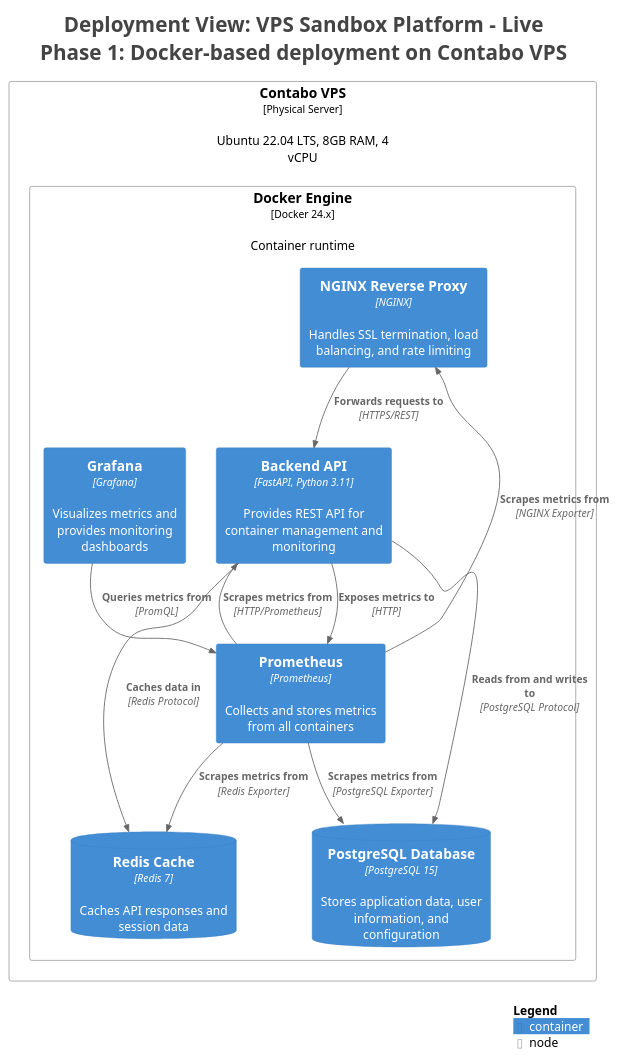
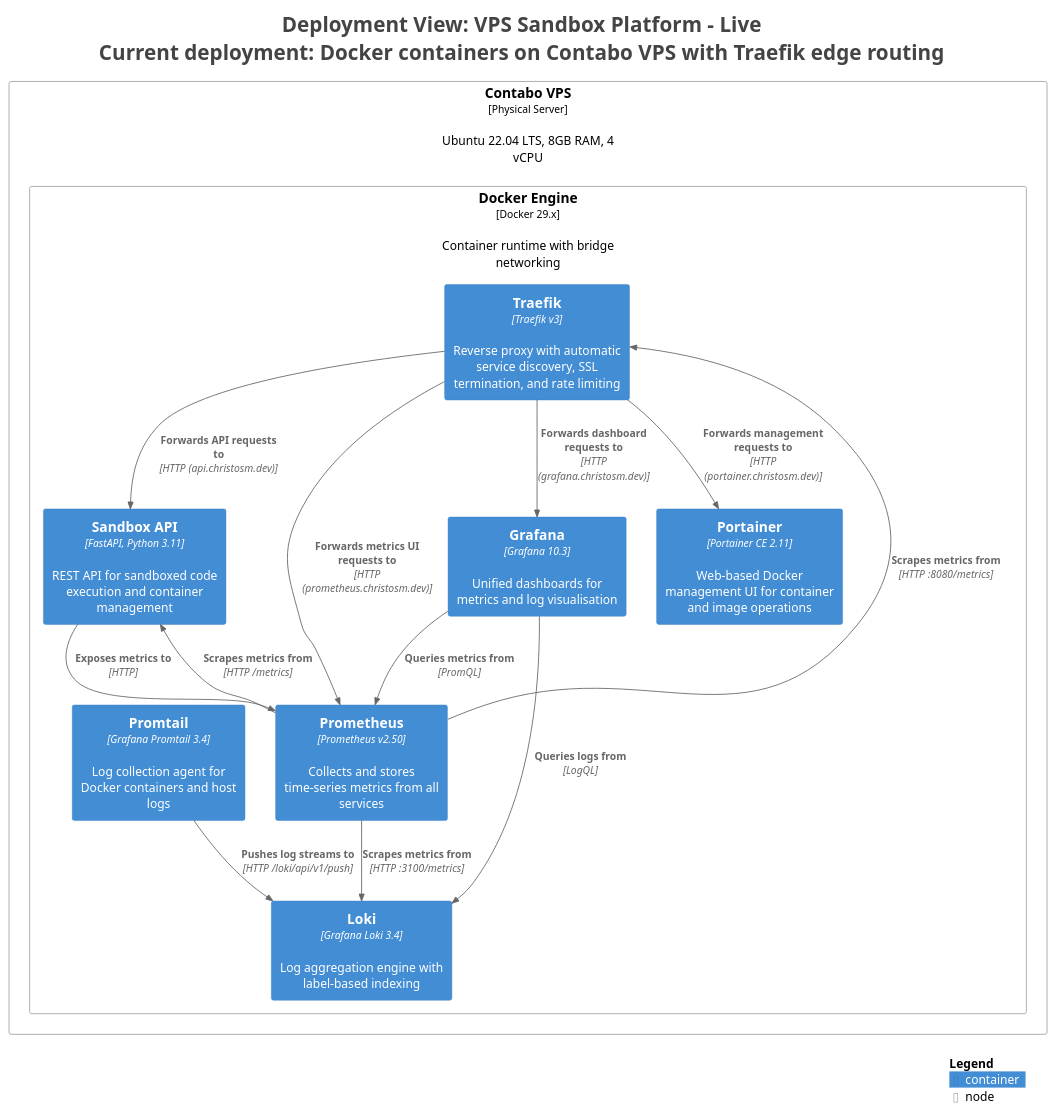
The diagram in vps-sandbox-c4-architecture/exports/puml/structurizr-DockerDeployment.puml (christosm-dev/portfolio), drawn with PlantUML before and after one commit. The commit also changed 21 other files, not shown here.

First line of the commit message:
Rework C4 architecture to match deployed VPS stack

```diff
--- a/vps-sandbox-c4-architecture/exports/puml/structurizr-DockerDeployment.puml
+++ b/vps-sandbox-c4-architecture/exports/puml/structurizr-DockerDeployment.puml
@@ -1,43 +1,46 @@
 @startuml
-title <size:24>Deployment View: VPS Sandbox Platform - Live</size>\n<size:24>Phase 1: Docker-based deployment on Contabo VPS</size>
+title <size:24>Deployment View: VPS Sandbox Platform - Live</size>\n<size:24>Current deployment: Docker containers on Contabo VPS with Traefik edge routing</size>
 
 set separator none
 top to bottom direction
 
 <style>
   root {
     BackgroundColor: #ffffff
     FontColor: #444444
   }
 </style>
 
 !include <C4/C4>
 !include <C4/C4_Context>
 !include <C4/C4_Container>
 !include <C4/C4_Deployment>
 
 Deployment_Node(Live.ContaboVPS, "Contabo VPS", $type="Physical Server", $descr="Ubuntu 22.04 LTS, 8GB RAM, 4 vCPU", $tags="", $link="") {
-  Deployment_Node(Live.ContaboVPS.DockerEngine, "Docker Engine", $type="Docker 24.x", $descr="Container runtime", $tags="", $link="") {
-    Container(Live.ContaboVPS.DockerEngine.NGINXReverseProxy_1, "NGINX Reverse Proxy", $techn="NGINX", $descr="Handles SSL termination, load balancing, and rate limiting", $tags="", $link="")
-    Container(Live.ContaboVPS.DockerEngine.BackendAPI_1, "Backend API", $techn="FastAPI, Python 3.11", $descr="Provides REST API for container management and monitoring", $tags="", $link="")
-    ContainerDb(Live.ContaboVPS.DockerEngine.PostgreSQLDatabase_1, "PostgreSQL Database", $techn="PostgreSQL 15", $descr="Stores application data, user information, and configuration", $tags="", $link="")
-    ContainerDb(Live.ContaboVPS.DockerEngine.RedisCache_1, "Redis Cache", $techn="Redis 7", $descr="Caches API responses and session data", $tags="", $link="")
-    Container(Live.ContaboVPS.DockerEngine.Prometheus_1, "Prometheus", $techn="Prometheus", $descr="Collects and stores metrics from all containers", $tags="", $link="")
-    Container(Live.ContaboVPS.DockerEngine.Grafana_1, "Grafana", $techn="Grafana", $descr="Visualizes metrics and provides monitoring dashboards", $tags="", $link="")
+  Deployment_Node(Live.ContaboVPS.DockerEngine, "Docker Engine", $type="Docker 29.x", $descr="Container runtime with bridge networking", $tags="", $link="") {
+    Container(Live.ContaboVPS.DockerEngine.Traefik_1, "Traefik", $techn="Traefik v3", $descr="Reverse proxy with automatic service discovery, SSL termination, and rate limiting", $tags="", $link="")
+    Container(Live.ContaboVPS.DockerEngine.SandboxAPI_1, "Sandbox API", $techn="FastAPI, Python 3.11", $descr="REST API for sandboxed code execution and container management", $tags="", $link="")
+    Container(Live.ContaboVPS.DockerEngine.Prometheus_1, "Prometheus", $techn="Prometheus v2.50", $descr="Collects and stores time-series metrics from all services", $tags="", $link="")
+    Container(Live.ContaboVPS.DockerEngine.Grafana_1, "Grafana", $techn="Grafana 10.3", $descr="Unified dashboards for metrics and log visualisation", $tags="", $link="")
+    Container(Live.ContaboVPS.DockerEngine.Loki_1, "Loki", $techn="Grafana Loki 3.4", $descr="Log aggregation engine with label-based indexing", $tags="", $link="")
+    Container(Live.ContaboVPS.DockerEngine.Promtail_1, "Promtail", $techn="Grafana Promtail 3.4", $descr="Log collection agent for Docker containers and host logs", $tags="", $link="")
+    Container(Live.ContaboVPS.DockerEngine.Portainer_1, "Portainer", $techn="Portainer CE 2.11", $descr="Web-based Docker management UI for container and image operations", $tags="", $link="")
   }
 
 }
 
-Rel(Live.ContaboVPS.DockerEngine.NGINXReverseProxy_1, Live.ContaboVPS.DockerEngine.BackendAPI_1, "Forwards requests to", $techn="HTTPS/REST", $tags="", $link="")
-Rel(Live.ContaboVPS.DockerEngine.BackendAPI_1, Live.ContaboVPS.DockerEngine.PostgreSQLDatabase_1, "Reads from and writes to", $techn="PostgreSQL Protocol", $tags="", $link="")
-Rel(Live.ContaboVPS.DockerEngine.BackendAPI_1, Live.ContaboVPS.DockerEngine.RedisCache_1, "Caches data in", $techn="Redis Protocol", $tags="", $link="")
-Rel(Live.ContaboVPS.DockerEngine.Prometheus_1, Live.ContaboVPS.DockerEngine.NGINXReverseProxy_1, "Scrapes metrics from", $techn="NGINX Exporter", $tags="", $link="")
-Rel(Live.ContaboVPS.DockerEngine.Prometheus_1, Live.ContaboVPS.DockerEngine.BackendAPI_1, "Scrapes metrics from", $techn="HTTP/Prometheus", $tags="", $link="")
-Rel(Live.ContaboVPS.DockerEngine.BackendAPI_1, Live.ContaboVPS.DockerEngine.Prometheus_1, "Exposes metrics to", $techn="HTTP", $tags="", $link="")
-Rel(Live.ContaboVPS.DockerEngine.Prometheus_1, Live.ContaboVPS.DockerEngine.PostgreSQLDatabase_1, "Scrapes metrics from", $techn="PostgreSQL Exporter", $tags="", $link="")
-Rel(Live.ContaboVPS.DockerEngine.Prometheus_1, Live.ContaboVPS.DockerEngine.RedisCache_1, "Scrapes metrics from", $techn="Redis Exporter", $tags="", $link="")
+Rel(Live.ContaboVPS.DockerEngine.Traefik_1, Live.ContaboVPS.DockerEngine.SandboxAPI_1, "Forwards API requests to", $techn="HTTP (api.christosm.dev)", $tags="", $link="")
+Rel(Live.ContaboVPS.DockerEngine.Prometheus_1, Live.ContaboVPS.DockerEngine.Traefik_1, "Scrapes metrics from", $techn="HTTP :8080/metrics", $tags="", $link="")
+Rel(Live.ContaboVPS.DockerEngine.Traefik_1, Live.ContaboVPS.DockerEngine.Prometheus_1, "Forwards metrics UI requests to", $techn="HTTP (prometheus.christosm.dev)", $tags="", $link="")
+Rel(Live.ContaboVPS.DockerEngine.Prometheus_1, Live.ContaboVPS.DockerEngine.SandboxAPI_1, "Scrapes metrics from", $techn="HTTP /metrics", $tags="", $link="")
+Rel(Live.ContaboVPS.DockerEngine.SandboxAPI_1, Live.ContaboVPS.DockerEngine.Prometheus_1, "Exposes metrics to", $techn="HTTP", $tags="", $link="")
+Rel(Live.ContaboVPS.DockerEngine.Traefik_1, Live.ContaboVPS.DockerEngine.Grafana_1, "Forwards dashboard requests to", $techn="HTTP (grafana.christosm.dev)", $tags="", $link="")
 Rel(Live.ContaboVPS.DockerEngine.Grafana_1, Live.ContaboVPS.DockerEngine.Prometheus_1, "Queries metrics from", $techn="PromQL", $tags="", $link="")
+Rel(Live.ContaboVPS.DockerEngine.Prometheus_1, Live.ContaboVPS.DockerEngine.Loki_1, "Scrapes metrics from", $techn="HTTP :3100/metrics", $tags="", $link="")
+Rel(Live.ContaboVPS.DockerEngine.Grafana_1, Live.ContaboVPS.DockerEngine.Loki_1, "Queries logs from", $techn="LogQL", $tags="", $link="")
+Rel(Live.ContaboVPS.DockerEngine.Promtail_1, Live.ContaboVPS.DockerEngine.Loki_1, "Pushes log streams to", $techn="HTTP /loki/api/v1/push", $tags="", $link="")
+Rel(Live.ContaboVPS.DockerEngine.Traefik_1, Live.ContaboVPS.DockerEngine.Portainer_1, "Forwards management requests to", $techn="HTTP (portainer.christosm.dev)", $tags="", $link="")
 
 SHOW_LEGEND(true)
 hide stereotypes
 @enduml
```
